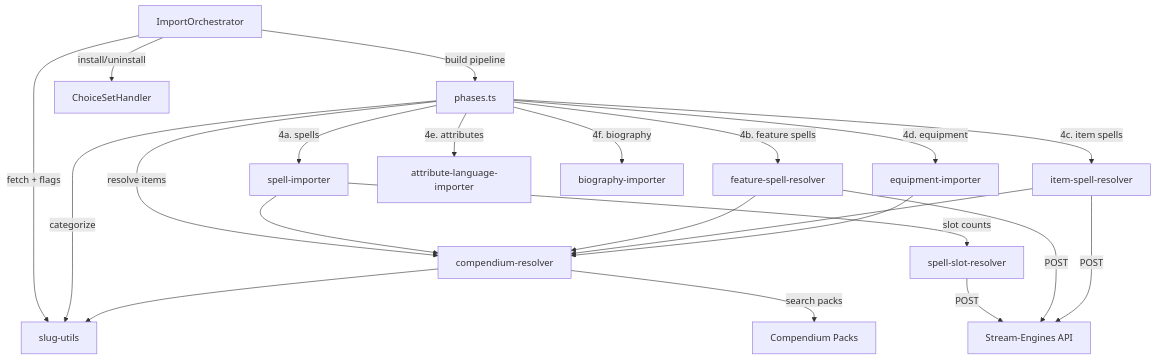
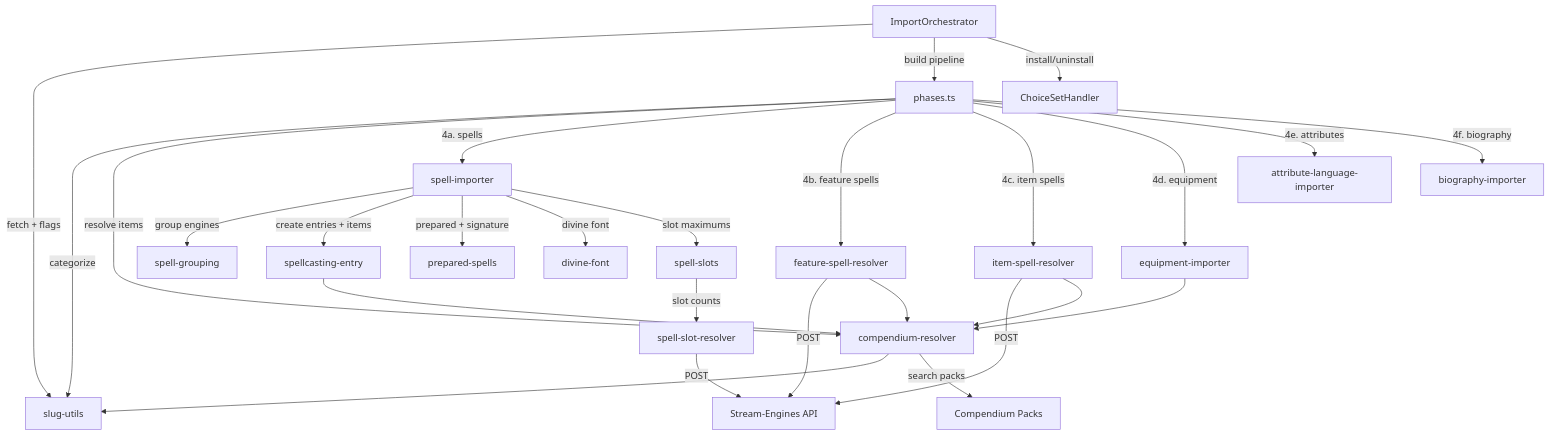
One commit to scooper4711/demiplane-pf2e changed the sixth of 7 diagrams in docs/ARCHITECTURE.md. Above: the diagram before and after it, drawn with Mermaid. The commit also changed other lines of this file and 1 other file, not shown here.

First line of the commit message:
docs: Update ARCHITECTURE and DESIGN for spell/choice-set refactor

````diff
--- a/docs/ARCHITECTURE.md
+++ b/docs/ARCHITECTURE.md
@@ -572,30 +581,35 @@
 ```mermaid
 graph TD
     IO[ImportOrchestrator] --> |"fetch + flags"| SU[slug-utils]
     IO --> |"build pipeline"| PH[phases.ts]
     IO --> |"install/uninstall"| CSH[ChoiceSetHandler]
 
     PH --> |"categorize"| SU
     PH --> |"resolve items"| CR[compendium-resolver]
     CR --> SU
     CR --> |"search packs"| COMP[Compendium Packs]
 
     PH --> |"4a. spells"| SI[spell-importer]
-    SI --> |"slot counts"| SSR[spell-slot-resolver]
-    SI --> CR
+    SI --> |"group engines"| SG[spell-grouping]
+    SI --> |"create entries + items"| SCE[spellcasting-entry]
+    SI --> |"prepared + signature"| PS[prepared-spells]
+    SI --> |"divine font"| DF[divine-font]
+    SI --> |"slot maximums"| SL[spell-slots]
+    SL --> |"slot counts"| SSR[spell-slot-resolver]
+    SCE --> CR
     SSR --> |"POST"| SE[Stream-Engines API]
 
     PH --> |"4b. feature spells"| FSR[feature-spell-resolver]
     FSR --> |"POST"| SE
     FSR --> CR
 
     PH --> |"4c. item spells"| ISR[item-spell-resolver]
     ISR --> |"POST"| SE
     ISR --> CR
 
     PH --> |"4d. equipment"| EI[equipment-importer]
     EI --> CR
 
     PH --> |"4e. attributes"| ALI[attribute-language-importer]
     PH --> |"4f. biography"| BI[biography-importer]
 ```
````
